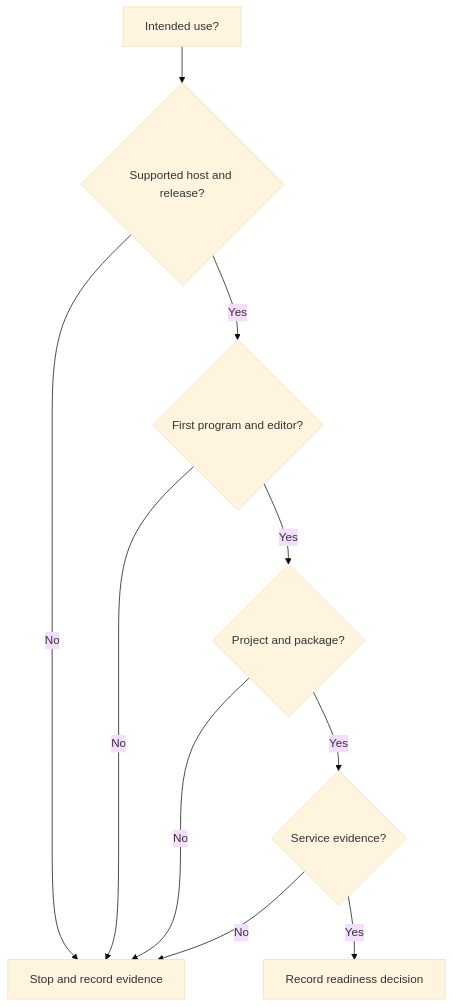
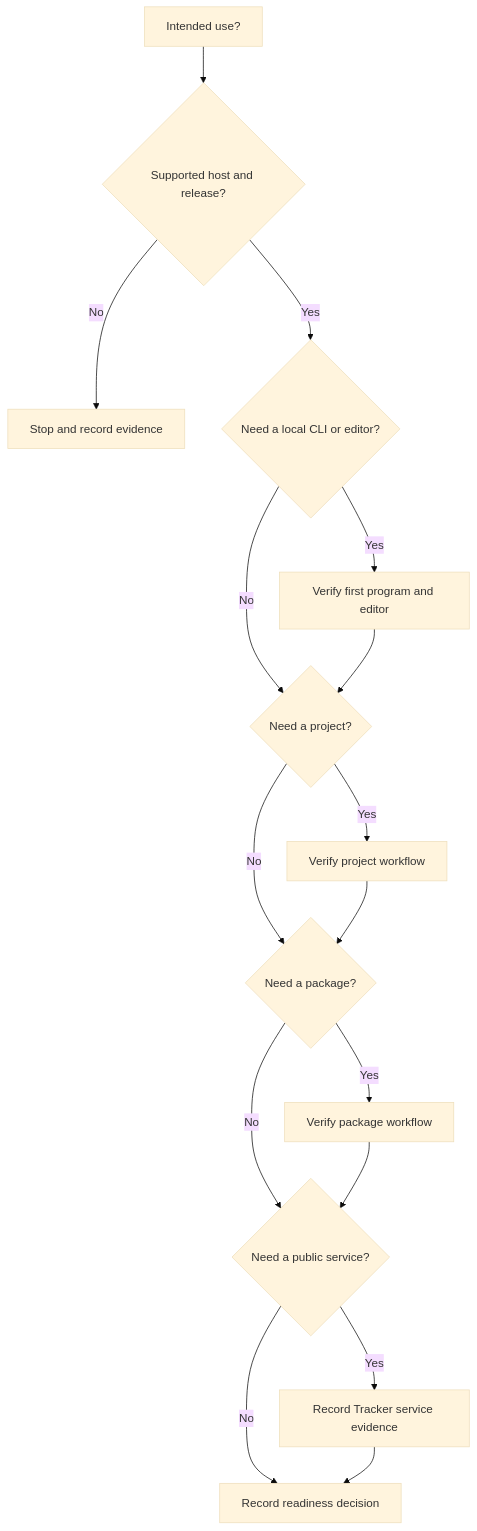
Before and after one commit to Cyber-Nomad-Collective/beskid: the diagram in site/website/src/content/docs/docs/evaluate/index.md, drawn with Mermaid (base theme). The commit also changed other lines of this file and 4 other files, not shown here.

````diff
--- a/site/website/src/content/docs/docs/evaluate/index.md
+++ b/site/website/src/content/docs/docs/evaluate/index.md
@@ -36,14 +35,20 @@
 ```mermaid
 flowchart TD
   accTitle: Evaluation readiness decision
   accDescr: Match each intended use to required evidence. Stop when a required check has no verified result.
   A[Intended use?] --> B{Supported host and release?}
   B -->|No| Z[Stop and record evidence]
-  B -->|Yes| C{First program and editor?}
-  C -->|No| Z
-  C -->|Yes| D{Project and package?}
-  D -->|No| Z
-  D -->|Yes| E{Service evidence?}
-  E -->|No| Z
-  E -->|Yes| F[Record readiness decision]
+  B -->|Yes| C{Need a local CLI or editor?}
+  C -->|Yes| D[Verify first program and editor]
+  C -->|No| E{Need a project?}
+  D --> E
+  E -->|Yes| F[Verify project workflow]
+  E -->|No| G{Need a package?}
+  F --> G
+  G -->|Yes| H[Verify package workflow]
+  G -->|No| I{Need a public service?}
+  H --> I
+  I -->|Yes| J[Record Tracker service evidence]
+  I -->|No| K[Record readiness decision]
+  J --> K
 ```
````
